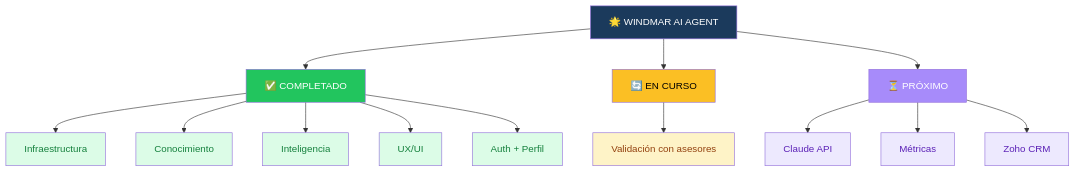
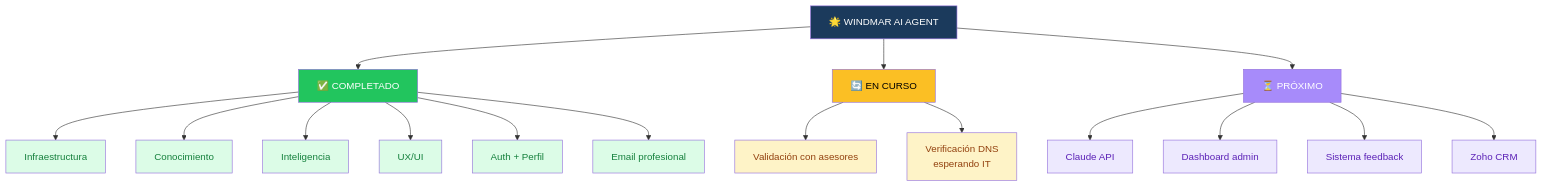
One commit to JnSbstnRivera/WINDMAR-AI-AGENT changed the first of 13 diagrams in ROADMAP.md. Above: the diagram before and after it, drawn with Mermaid. The commit also changed other lines of this file, not shown here.

First line of the commit message:
docs: roadmap update with May 4 changes + DNS pendientes

````diff
--- a/ROADMAP.md
+++ b/ROADMAP.md
@@ -10,33 +10,39 @@
 ```mermaid
 flowchart TD
     Root[🌟 WINDMAR AI AGENT]
     Root --> Done[✅ COMPLETADO]
     Root --> Now[🔄 EN CURSO]
     Root --> Next[⏳ PRÓXIMO]
 
     Done --> D1[Infraestructura]
     Done --> D2[Conocimiento]
     Done --> D3[Inteligencia]
     Done --> D4[UX/UI]
     Done --> D5[Auth + Perfil]
+    Done --> D6[Email profesional]
 
     Now --> N1[Validación con asesores]
+    Now --> N2[Verificación DNS<br/>esperando IT]
 
     Next --> X1[Claude API]
-    Next --> X2[Métricas]
-    Next --> X3[Zoho CRM]
+    Next --> X2[Dashboard admin]
+    Next --> X3[Sistema feedback]
+    Next --> X4[Zoho CRM]
 
     style Root fill:#1B3A5C,color:#fff
     style Done fill:#22c55e,color:#fff
     style Now fill:#fbbf24,color:#000
     style Next fill:#a78bfa,color:#fff
     style D1 fill:#dcfce7,color:#15803d
     style D2 fill:#dcfce7,color:#15803d
     style D3 fill:#dcfce7,color:#15803d
     style D4 fill:#dcfce7,color:#15803d
     style D5 fill:#dcfce7,color:#15803d
+    style D6 fill:#dcfce7,color:#15803d
     style N1 fill:#fef3c7,color:#92400e
+    style N2 fill:#fef3c7,color:#92400e
     style X1 fill:#ede9fe,color:#5b21b6
     style X2 fill:#ede9fe,color:#5b21b6
     style X3 fill:#ede9fe,color:#5b21b6
+    style X4 fill:#ede9fe,color:#5b21b6
 ```
````
